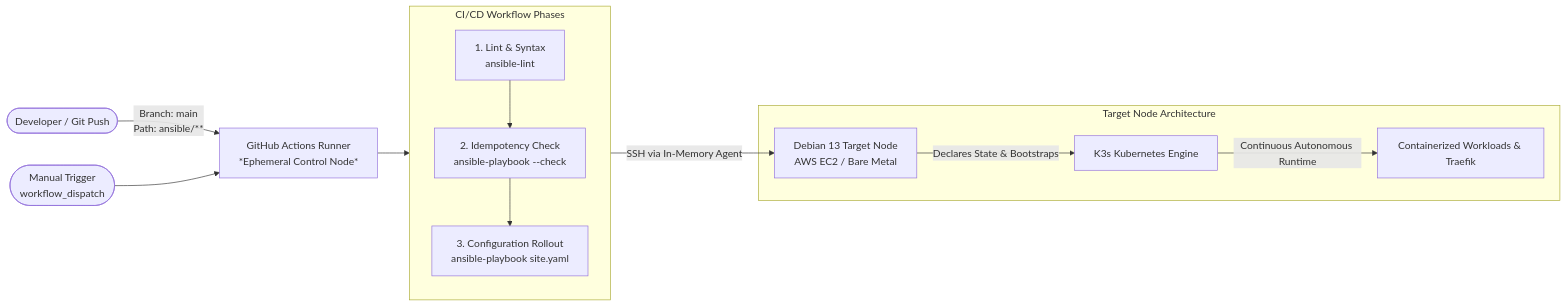
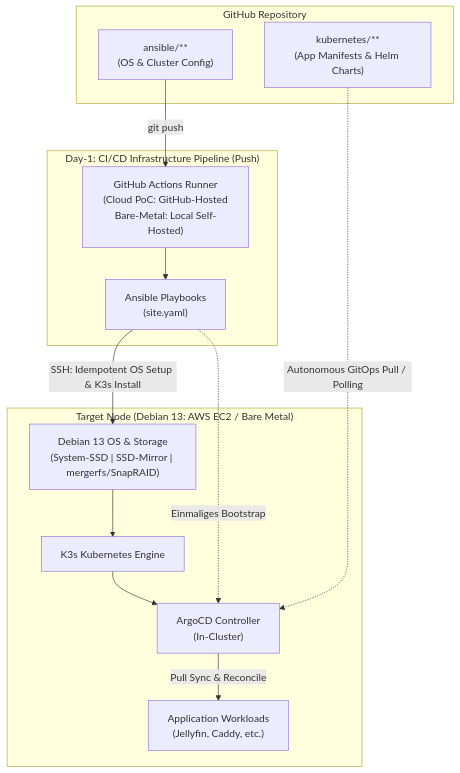
One commit to atrisko/k3s-homelab-migration changed the diagram in README.md. Above: the diagram before and after it, drawn with Mermaid. The commit also changed other lines of this file, not shown here.

Commit message:
docs: update roadmap and rollout strategy in readme.md

````diff
--- a/README.md
+++ b/README.md
@@ -56,18 +62,30 @@
 ```mermaid
-flowchart LR
-    Dev([Developer / Git Push]) -->|Branch: main<br/>Path: ansible/**| GHA[GitHub Actions Runner<br/>*Ephemeral Control Node*]
-    Manual([Manual Trigger<br/>workflow_dispatch]) --> GHA
-
-    subgraph Pipeline [CI/CD Workflow Phases]
-        Lint[1. Lint & Syntax<br/>ansible-lint] --> DryRun[2. Idempotency Check<br/>ansible-playbook --check]
-        DryRun --> Apply[3. Configuration Rollout<br/>ansible-playbook site.yaml]
+flowchart TD
+    subgraph Repo ["GitHub Repository"]
+        CodeAnsible["ansible/**<br/>(OS & Cluster Config)"]
+        CodeK8s["kubernetes/**<br/>(App Manifests & Helm Charts)"]
     end
 
-    GHA --> Pipeline
-    Pipeline -->|SSH via In-Memory Agent| Node[Debian 13 Target Node<br/>AWS EC2 / Bare Metal]
-    
-    subgraph Target [Target Node Architecture]
-        Node -->|Declares State & Bootstraps| K3sEngine[K3s Kubernetes Engine]
-        K3sEngine -->|Continuous Autonomous Runtime| Containers[Containerized Workloads & Traefik]
+    subgraph Day1 ["Day-1: CI/CD Infrastructure Pipeline (Push)"]
+        GHA["GitHub Actions Runner<br/>(Cloud PoC: GitHub-Hosted<br/>Bare-Metal: Local Self-Hosted)"]
+        Playbook["Ansible Playbooks<br/>(site.yaml)"]
+        GHA --> Playbook
     end
+
+    subgraph Target ["Target Node (Debian 13: AWS EC2 / Bare Metal)"]
+        OS["Debian 13 OS & Storage<br/>(System-SSD | SSD-Mirror | mergerfs/SnapRAID)"]
+        K3sEngine["K3s Kubernetes Engine"]
+        ArgoCDEngine["ArgoCD Controller<br/>(In-Cluster)"]
+        Containers["Application Workloads<br/>(Jellyfin, Caddy, etc.)"]
+
+        OS --> K3sEngine
+        K3sEngine --> ArgoCDEngine
+        ArgoCDEngine -->|Pull Sync & Reconcile| Containers
+    end
+
+    CodeAnsible -->|git push| GHA
+    Playbook -->|SSH: Idempotent OS Setup & K3s Install| OS
+    Playbook -.->|Einmaliges Bootstrap| ArgoCDEngine
+
+    CodeK8s -.->|Autonomous GitOps Pull / Polling| ArgoCDEngine
 ```
````
